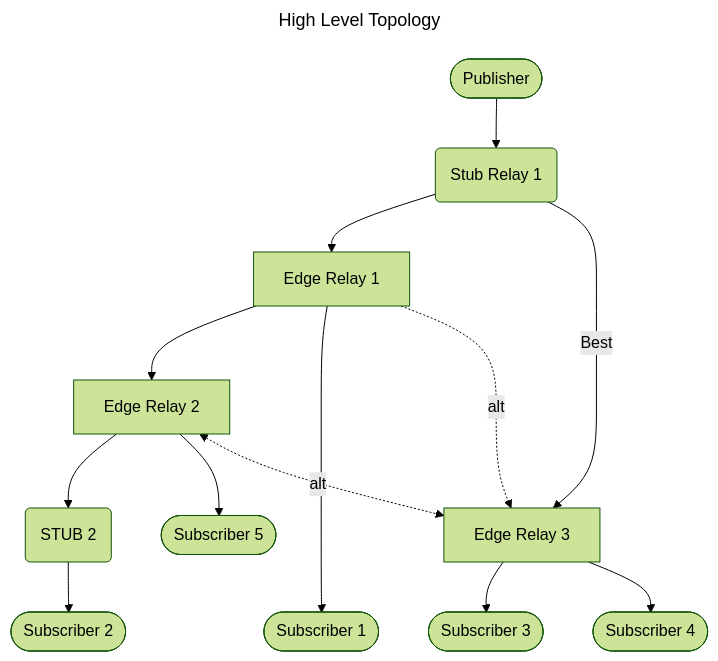
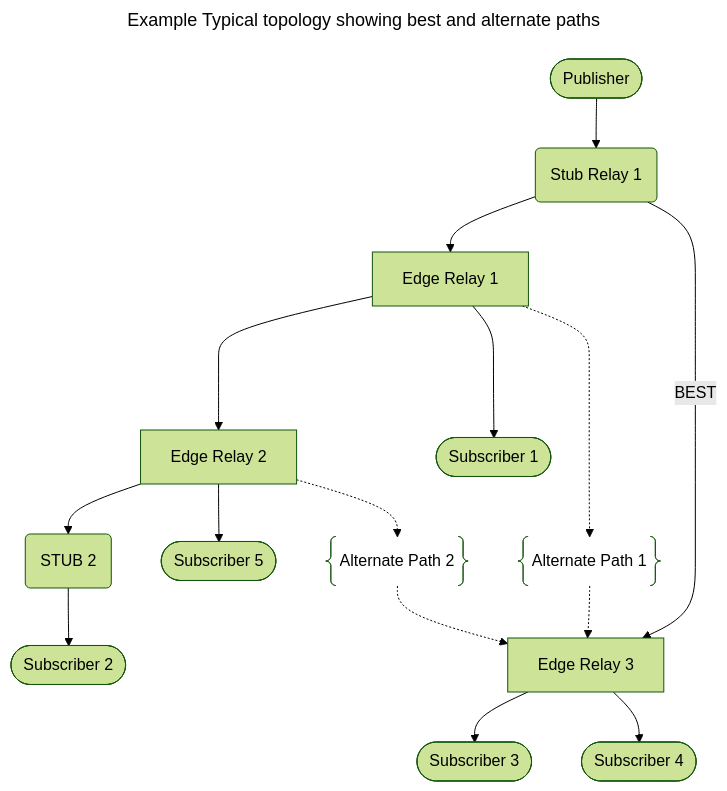
Before and after one commit to Quicr/laps: the sixth of 14 diagrams in docs/peering.md, drawn with Mermaid (forest theme). The commit also changed other lines of this file, not shown here.

````diff
--- a/docs/peering.md
+++ b/docs/peering.md
@@ -12,18 +274,23 @@
 ```mermaid
 ---
-title: High Level Topology
+title: Example Typical topology showing best and alternate paths
 ---
-flowchart TD
+flowchart TD    
     P([Publisher]) --> STUB1(Stub Relay 1)
-    STUB1 --> E1[Edge Relay 1]
-    STUB1 -- Best --> E3[Edge Relay 3]
-    E1 --> E2[Edge Relay 2]
-    E1 ----> S1([Subscriber 1])
+    STUB1 --> E1["Edge Relay 1"]
+    STUB1 -- BEST --> E3[Edge Relay 3]
+    E1 ---> E2[Edge Relay 2]
+    E1 ---> S1([Subscriber 1])
     E2 --> STUB2(STUB 2)
     STUB2 --> S2([Subscriber 2])
     E2 --> S5([Subscriber 5])
-    E1 -. alt .-> E3
+
+    E1 -.-> ALT_E1@{shape: braces, label: "Alternate Path 1"}
+    ALT_E1 -.-> E3
+
     E3 --> S3([Subscriber 3])
     E3 --> S4([Subscriber 4])
-    E2 <-. alt .-> E3
- ```
+
+    E2 -.-> ALT_E2@{shape: braces, label: "Alternate Path 2"}
+    ALT_E2 -.-> E3
+```
````
